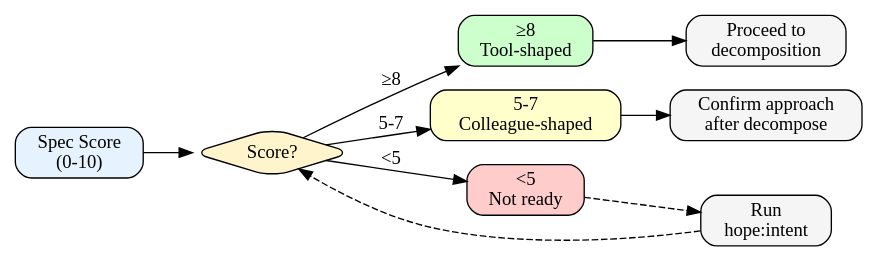
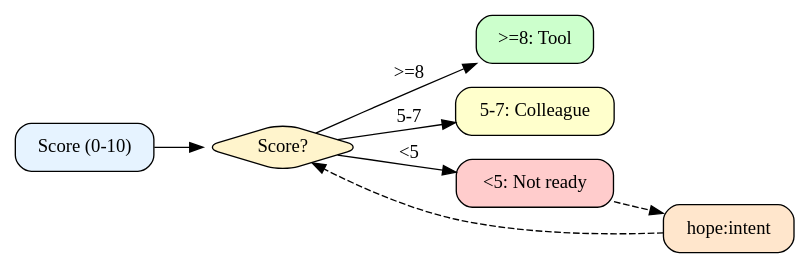
One commit to saadshahd/moo.md changed the second of 2 diagrams in loop/skills/start/SKILL.md. Above: the diagram before and after it, drawn with Graphviz. The commit also changed other lines of this file and 176 other files, not shown here.

````diff
--- a/loop/skills/start/SKILL.md
+++ b/loop/skills/start/SKILL.md
@@ -174,26 +79,17 @@
 ```dot
 digraph SpecDecision {
   rankdir=LR
   node [shape=box, style="rounded,filled", fillcolor="#f5f5f5"]
-
-  Score [label="Spec Score\n(0-10)", fillcolor="#e6f3ff"]
+  Score [label="Score (0-10)", fillcolor="#e6f3ff"]
   Check [label="Score?", shape=diamond, fillcolor="#fff4cc"]
-
-  High [label="≥8\nTool-shaped", fillcolor="#ccffcc"]
-  Mid [label="5-7\nColleague-shaped", fillcolor="#ffffcc"]
-  Low [label="<5\nNot ready", fillcolor="#ffcccc"]
-
-  Decompose [label="Proceed to\ndecomposition"]
-  Confirm [label="Confirm approach\nafter decompose"]
-  Intent [label="Run\nhope:intent"]
-
+  High [label=">=8: Tool", fillcolor="#ccffcc"]
+  Mid [label="5-7: Colleague", fillcolor="#ffffcc"]
+  Low [label="<5: Not ready", fillcolor="#ffcccc"]
+  Intent [label="hope:intent", fillcolor="#ffe6cc"]
   Score -> Check
-  Check -> High [label="≥8"]
+  Check -> High [label=">=8"]
   Check -> Mid [label="5-7"]
   Check -> Low [label="<5"]
-
-  High -> Decompose
-  Mid -> Confirm
   Low -> Intent -> Check [style=dashed]
 }
 ```
````
